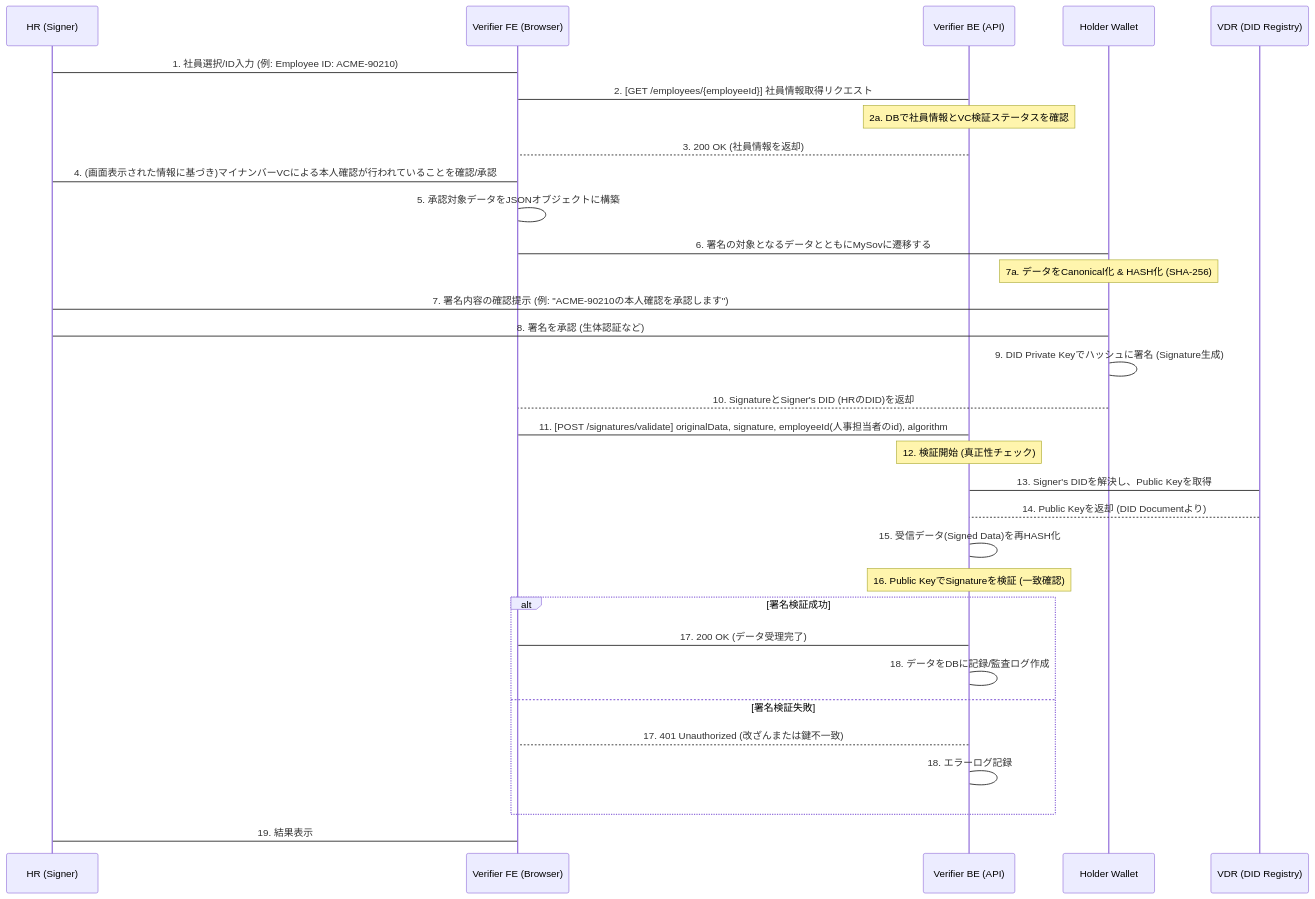
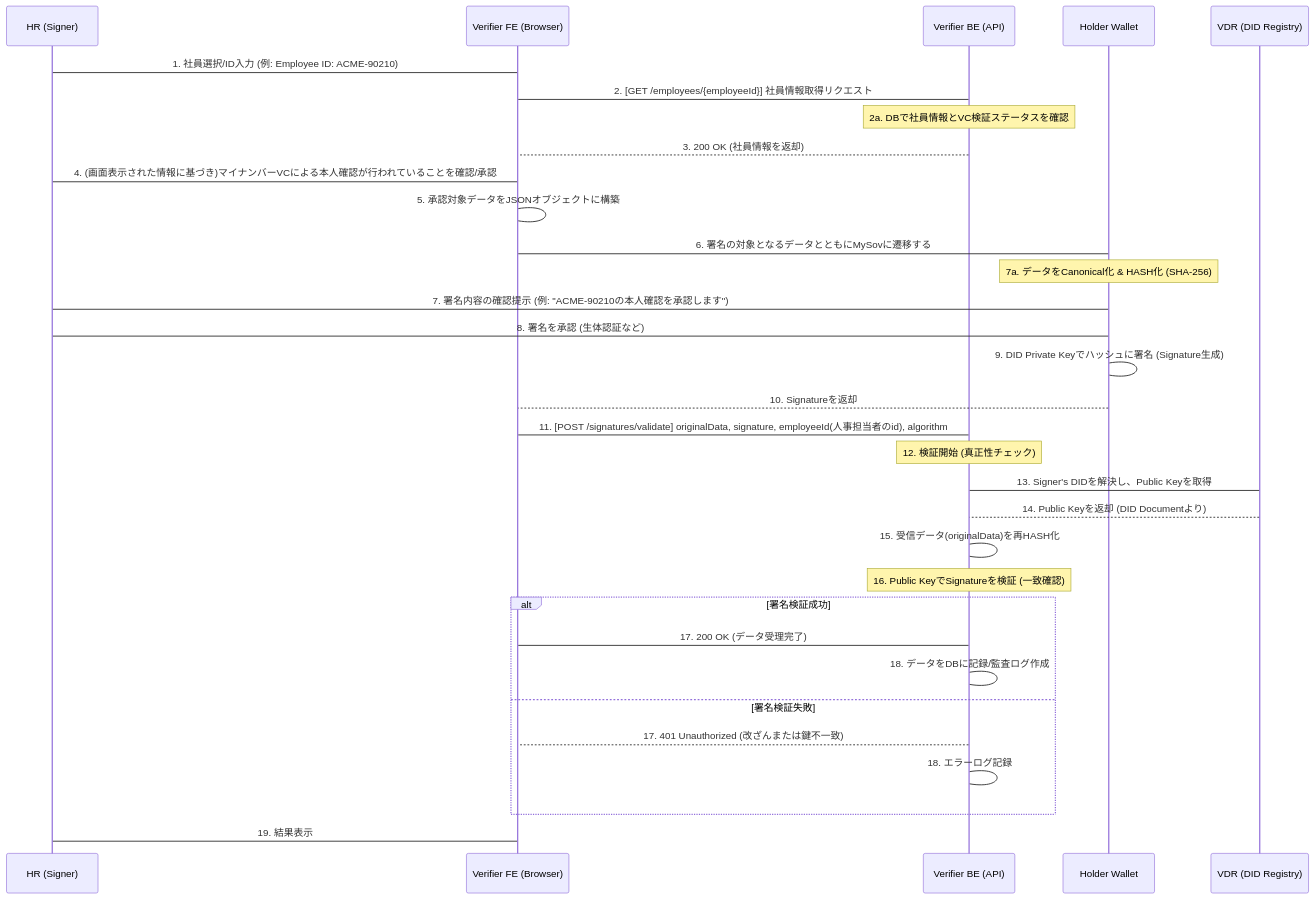
The third of 3 diagrams in README.md (satoke-dp/sample), drawn with Mermaid before and after one commit.

````diff
--- a/README.md
+++ b/README.md
@@ -89,48 +89,48 @@
 ```mermaid
 sequenceDiagram
     participant HR as HR (Signer)
     participant VerifierFE as Verifier FE (Browser)
     participant VerifierBE as Verifier BE (API)
     participant Wallet as Holder Wallet
     participant VDR as VDR (DID Registry)
 
     %% 1. HRによる社員情報取得と確認 (Verification)
     HR->VerifierFE: 1. 社員選択/ID入力 (例: Employee ID: ACME-90210)
     
     VerifierFE->VerifierBE: 2. [GET /employees/{employeeId}] 社員情報取得リクエスト
     Note over VerifierBE: 2a. DBで社員情報とVC検証ステータスを確認
     VerifierBE-->VerifierFE: 3. 200 OK (社員情報を返却)
     
     HR->VerifierFE: 4. (画面表示された情報に基づき)マイナンバーVCによる本人確認が行われていることを確認/承認
     
     %% 2. Data Preparation and Signing (HR Action)
     VerifierFE->VerifierFE: 5. 承認対象データをJSONオブジェクトに構築
     VerifierFE->Wallet: 6. 署名の対象となるデータとともにMySovに遷移する
 
     Note over Wallet: 7a. データをCanonical化 & HASH化 (SHA-256)
     Wallet->HR: 7. 署名内容の確認提示 (例: "ACME-90210の本人確認を承認します")
     HR->Wallet: 8. 署名を承認 (生体認証など)
     Wallet->Wallet: 9. DID Private Keyでハッシュに署名 (Signature生成)
-    Wallet-->VerifierFE: 10. SignatureとSigner's DID (HRのDID)を返却
+    Wallet-->VerifierFE: 10. Signatureを返却
 
     %% 3. Submission to Backend
     VerifierFE->VerifierBE: 11. [POST /signatures/validate] originalData, signature, employeeId(人事担当者のid), algorithm
 
     %% 4. Verification and Storage (Server-side)
     Note over VerifierBE: 12. 検証開始 (真正性チェック)
     
     VerifierBE->VDR: 13. Signer's DIDを解決し、Public Keyを取得
     VDR-->VerifierBE: 14. Public Keyを返却 (DID Documentより)
     
-    VerifierBE->VerifierBE: 15. 受信データ(Signed Data)を再HASH化
+    VerifierBE->VerifierBE: 15. 受信データ(originalData)を再HASH化
     Note over VerifierBE: 16. Public KeyでSignatureを検証 (一致確認)
 
     alt 署名検証成功
         VerifierBE->VerifierFE: 17. 200 OK (データ受理完了)
         VerifierBE->VerifierBE: 18. データをDBに記録/監査ログ作成
     else 署名検証失敗
         VerifierBE-->VerifierFE: 17. 401 Unauthorized (改ざんまたは鍵不一致)
         VerifierBE->VerifierBE: 18. エラーログ記録
     end
     VerifierFE->HR: 19. 結果表示
 ```
````
